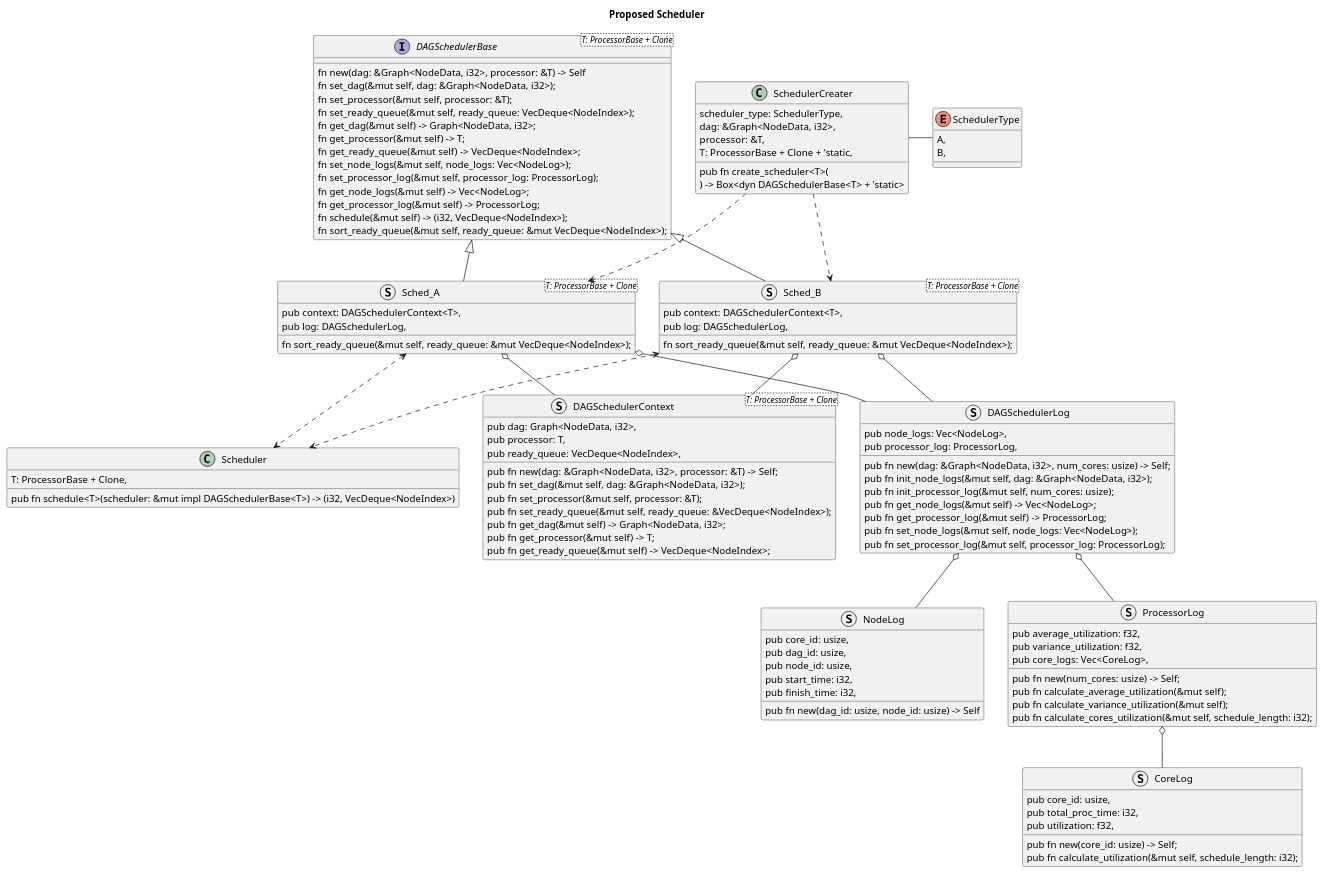
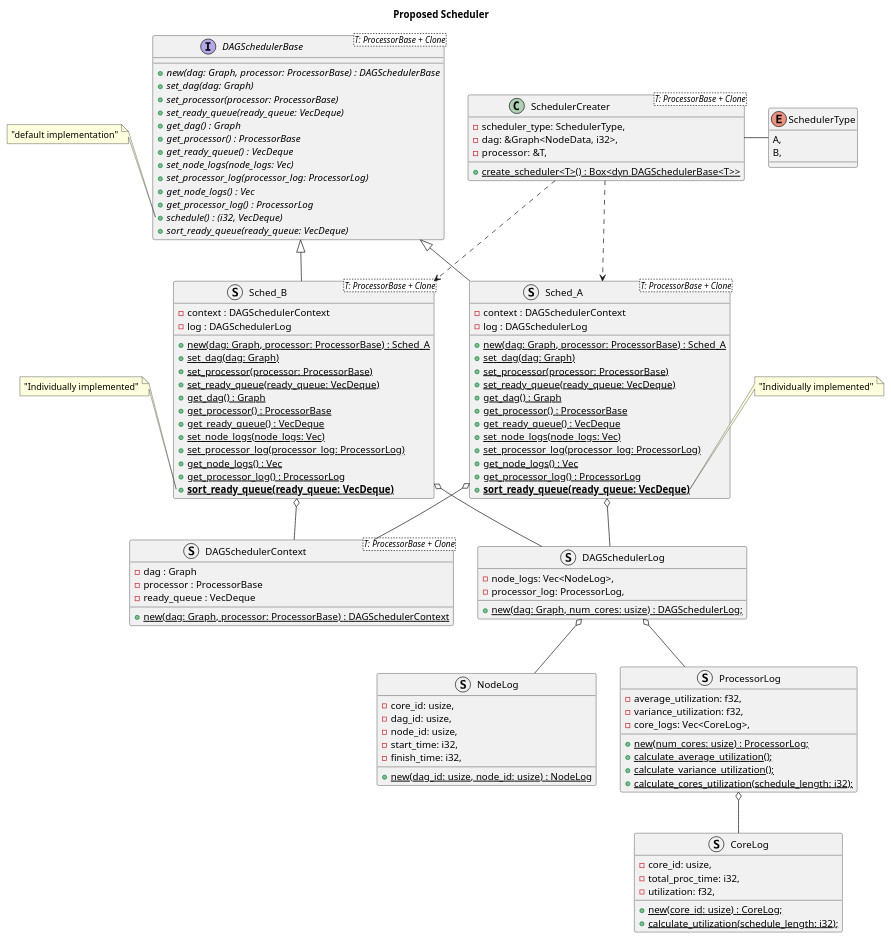
The diagram in UML/propose_shced.pu (emb4-team/sched_sim_rust), drawn with PlantUML before and after one commit.

Commit message:
chore: Add UML diagram

```diff
--- a/UML/propose_shced.pu
+++ b/UML/propose_shced.pu
@@ -1,130 +1,140 @@
 @startuml proposed_sched
 title Proposed Scheduler
 
-    Interface DAGSchedulerBase<T: ProcessorBase + Clone> {
-        fn new(dag: &Graph<NodeData, i32>, processor: &T) -> Self
-        fn set_dag(&mut self, dag: &Graph<NodeData, i32>);
-        fn set_processor(&mut self, processor: &T);
-        fn set_ready_queue(&mut self, ready_queue: VecDeque<NodeIndex>);
-        fn get_dag(&mut self) -> Graph<NodeData, i32>;
-        fn get_processor(&mut self) -> T;
-        fn get_ready_queue(&mut self) -> VecDeque<NodeIndex>;
-        fn set_node_logs(&mut self, node_logs: Vec<NodeLog>);
-        fn set_processor_log(&mut self, processor_log: ProcessorLog);
-        fn get_node_logs(&mut self) -> Vec<NodeLog>;
-        fn get_processor_log(&mut self) -> ProcessorLog;
-        fn schedule(&mut self) -> (i32, VecDeque<NodeIndex>);
-        fn sort_ready_queue(&mut self, ready_queue: &mut VecDeque<NodeIndex>);
+    interface DAGSchedulerBase<T: ProcessorBase + Clone> {
+        + {abstract} new(dag: Graph, processor: ProcessorBase) : DAGSchedulerBase
+        + {abstract} set_dag(dag: Graph)
+        + {abstract} set_processor(processor: ProcessorBase)
+        + {abstract} set_ready_queue(ready_queue: VecDeque)
+        + {abstract} get_dag() : Graph
+        + {abstract} get_processor() : ProcessorBase
+        + {abstract} get_ready_queue() : VecDeque
+        + {abstract} set_node_logs(node_logs: Vec)
+        + {abstract} set_processor_log(processor_log: ProcessorLog)
+        + {abstract} get_node_logs() : Vec
+        + {abstract} get_processor_log() : ProcessorLog
+        + {abstract} schedule() : (i32, VecDeque)
+        + {abstract} sort_ready_queue(ready_queue: VecDeque)
     }
 
-    class Scheduler {
-        pub fn schedule<T>(scheduler: &mut impl DAGSchedulerBase<T>) -> (i32, VecDeque<NodeIndex>)
-        T: ProcessorBase + Clone,
-    }
+    note left of DAGSchedulerBase::schedule
+    "default implementation"
+    end note
 
-    class SchedulerCreater {
-        pub fn create_scheduler<T>(
-            scheduler_type: SchedulerType,
-            dag: &Graph<NodeData, i32>,
-            processor: &T,
-        ) -> Box<dyn DAGSchedulerBase<T> + 'static>
-        T: ProcessorBase + Clone + 'static,
+    class SchedulerCreater<T: ProcessorBase + Clone> {
+        - scheduler_type: SchedulerType,
+            - dag: &Graph<NodeData, i32>,
+            - processor: &T,
+        + {static} create_scheduler<T>() : Box<dyn DAGSchedulerBase<T>>
     }
 
     enum SchedulerType {
         A,
         B,
     }
 
     struct Sched_A<T: ProcessorBase + Clone> {
-        pub context: DAGSchedulerContext<T>,
-        pub log: DAGSchedulerLog,
-        fn sort_ready_queue(&mut self, ready_queue: &mut VecDeque<NodeIndex>);
+        - context : DAGSchedulerContext
+        - log : DAGSchedulerLog
+        + {static} new(dag: Graph, processor: ProcessorBase) : Sched_A
+        + {static} set_dag(dag: Graph)
+        + {static} set_processor(processor: ProcessorBase)
+        + {static} set_ready_queue(ready_queue: VecDeque)
+        + {static} get_dag() : Graph
+        + {static} get_processor() : ProcessorBase
+        + {static} get_ready_queue() : VecDeque
+        + {static} set_node_logs(node_logs: Vec)
+        + {static} set_processor_log(processor_log: ProcessorLog)
+        + {static} get_node_logs() : Vec
+        + {static} get_processor_log() : ProcessorLog
+        + **{static} sort_ready_queue(ready_queue: VecDeque)**
     }
 
+    note right of Sched_A::sort_ready_queue
+    "Individually implemented"
+    end note
+
     struct Sched_B<T: ProcessorBase + Clone> {
-        pub context: DAGSchedulerContext<T>,
-        pub log: DAGSchedulerLog,
-        fn sort_ready_queue(&mut self, ready_queue: &mut VecDeque<NodeIndex>);
+        - context : DAGSchedulerContext
+        - log : DAGSchedulerLog
+        + {static} new(dag: Graph, processor: ProcessorBase) : Sched_A
+        + {static} set_dag(dag: Graph)
+        + {static} set_processor(processor: ProcessorBase)
+        + {static} set_ready_queue(ready_queue: VecDeque)
+        + {static} get_dag() : Graph
+        + {static} get_processor() : ProcessorBase
+        + {static} get_ready_queue() : VecDeque
+        + {static} set_node_logs(node_logs: Vec)
+        + {static} set_processor_log(processor_log: ProcessorLog)
+        + {static} get_node_logs() : Vec
+        + {static} get_processor_log() : ProcessorLog
+        + **{static} sort_ready_queue(ready_queue: VecDeque)**
     }
 
+    note left of Sched_B::sort_ready_queue
+    "Individually implemented"
+    end note
+
     struct DAGSchedulerContext<T: ProcessorBase + Clone> {
-        pub dag: Graph<NodeData, i32>,
-        pub processor: T,
-        pub ready_queue: VecDeque<NodeIndex>,
-
-        pub fn new(dag: &Graph<NodeData, i32>, processor: &T) -> Self;
-        pub fn set_dag(&mut self, dag: &Graph<NodeData, i32>);
-        pub fn set_processor(&mut self, processor: &T);
-        pub fn set_ready_queue(&mut self, ready_queue: &VecDeque<NodeIndex>);
-        pub fn get_dag(&mut self) -> Graph<NodeData, i32>;
-        pub fn get_processor(&mut self) -> T;
-        pub fn get_ready_queue(&mut self) -> VecDeque<NodeIndex>;
-
+        - dag : Graph
+        - processor : ProcessorBase
+        - ready_queue : VecDeque
+        + {static} new(dag: Graph, processor: ProcessorBase) : DAGSchedulerContext
     }
 
     struct DAGSchedulerLog {
-        pub node_logs: Vec<NodeLog>,
-        pub processor_log: ProcessorLog,
+        - node_logs: Vec<NodeLog>,
+        - processor_log: ProcessorLog,
 
-        pub fn new(dag: &Graph<NodeData, i32>, num_cores: usize) -> Self;
-        pub fn init_node_logs(&mut self, dag: &Graph<NodeData, i32>);
-        pub fn init_processor_log(&mut self, num_cores: usize);
-        pub fn get_node_logs(&mut self) -> Vec<NodeLog>;
-        pub fn get_processor_log(&mut self) -> ProcessorLog;
-        pub fn set_node_logs(&mut self, node_logs: Vec<NodeLog>);
-        pub fn set_processor_log(&mut self, processor_log: ProcessorLog);
-
+        + {static} new(dag: Graph, num_cores: usize) : DAGSchedulerLog;
     }
 
     
     struct NodeLog {
-        pub core_id: usize,
-        pub dag_id: usize,
-        pub node_id: usize,
-        pub start_time: i32,
-        pub finish_time: i32,
+        - core_id: usize,
+        - dag_id: usize,
+        - node_id: usize,
+        - start_time: i32,
+        - finish_time: i32,
 
-        pub fn new(dag_id: usize, node_id: usize) -> Self
+        + {static} new(dag_id: usize, node_id: usize) : NodeLog
     }
 
     struct ProcessorLog {
-        pub average_utilization: f32,
-        pub variance_utilization: f32,
-        pub core_logs: Vec<CoreLog>,
+        - average_utilization: f32,
+        - variance_utilization: f32,
+        - core_logs: Vec<CoreLog>,
 
-        pub fn new(num_cores: usize) -> Self;
-        pub fn calculate_average_utilization(&mut self);
-        pub fn calculate_variance_utilization(&mut self);
-        pub fn calculate_cores_utilization(&mut self, schedule_length: i32);
+        + {static} new(num_cores: usize) : ProcessorLog;
+        + {static} calculate_average_utilization();
+        + {static} calculate_variance_utilization();
+        + {static} calculate_cores_utilization(schedule_length: i32);
     }
 
     struct CoreLog {
-        pub core_id: usize,
-        pub total_proc_time: i32,
-        pub utilization: f32,
+        - core_id: usize,
+        - total_proc_time: i32,
+        - utilization: f32,
 
-        pub fn new(core_id: usize) -> Self;
-        pub fn calculate_utilization(&mut self, schedule_length: i32);
+        + {static} new(core_id: usize) : CoreLog;
+        + {static} calculate_utilization(schedule_length: i32);
     }  
 
     DAGSchedulerBase <|-down- Sched_A
     DAGSchedulerBase <|-down- Sched_B
     Sched_A o-down- DAGSchedulerContext
     Sched_B o-down- DAGSchedulerContext
     Sched_A o-down- DAGSchedulerLog
     Sched_B o-down- DAGSchedulerLog
-    Sched_A <.down.> Scheduler
-    Sched_B <.down.> Scheduler
 
     DAGSchedulerLog o-down- NodeLog
     DAGSchedulerLog o-down- ProcessorLog
     ProcessorLog o-down- CoreLog
 
     SchedulerCreater -right- SchedulerType
     SchedulerCreater .down.> Sched_A
     SchedulerCreater .down.> Sched_B
 
     DAGSchedulerBase -right[hidden]- SchedulerCreater
 
 @enduml
```
